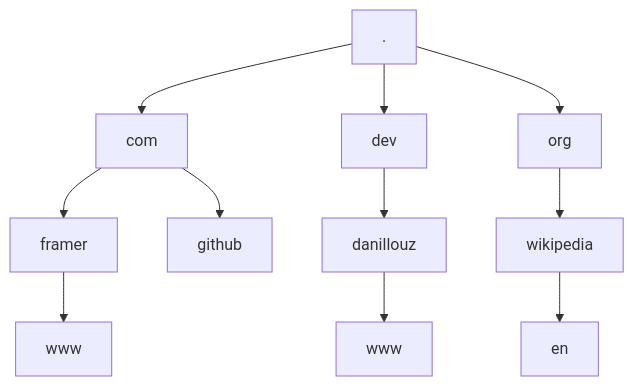
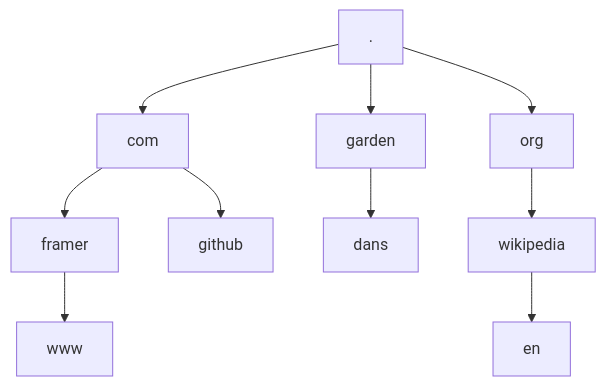
Before and after one commit to danillouz/dans.garden: the diagram in content/computer-networks/dns.md, drawn with Mermaid. The commit also changed other lines of this file, not shown here.

````diff
--- a/content/computer-networks/dns.md
+++ b/content/computer-networks/dns.md
@@ -77,13 +78,12 @@
 ```mermaid
 graph TD;
   A[.]-->B[com];
-  A-->C[dev];
+  A-->C[garden];
   A-->D[org];
   B-->E[framer];
   B-->F[github];
-  E-->G[www];
-  C-->H[danillouz];
-  H-->I[www];
-  D-->J[wikipedia]
-  J-->K[en]
+  C-->G[dans]
+  D-->H[wikipedia]
+  E-->I[www]
+  H-->J[en]
 ```
````
